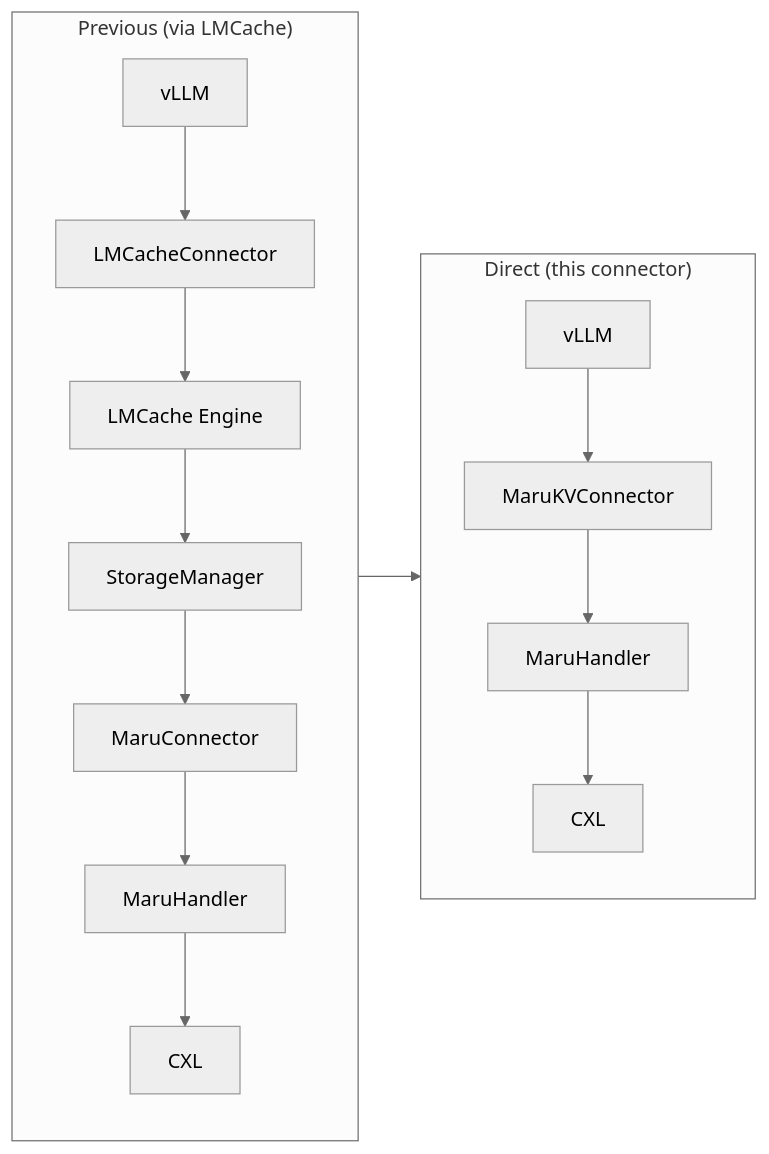
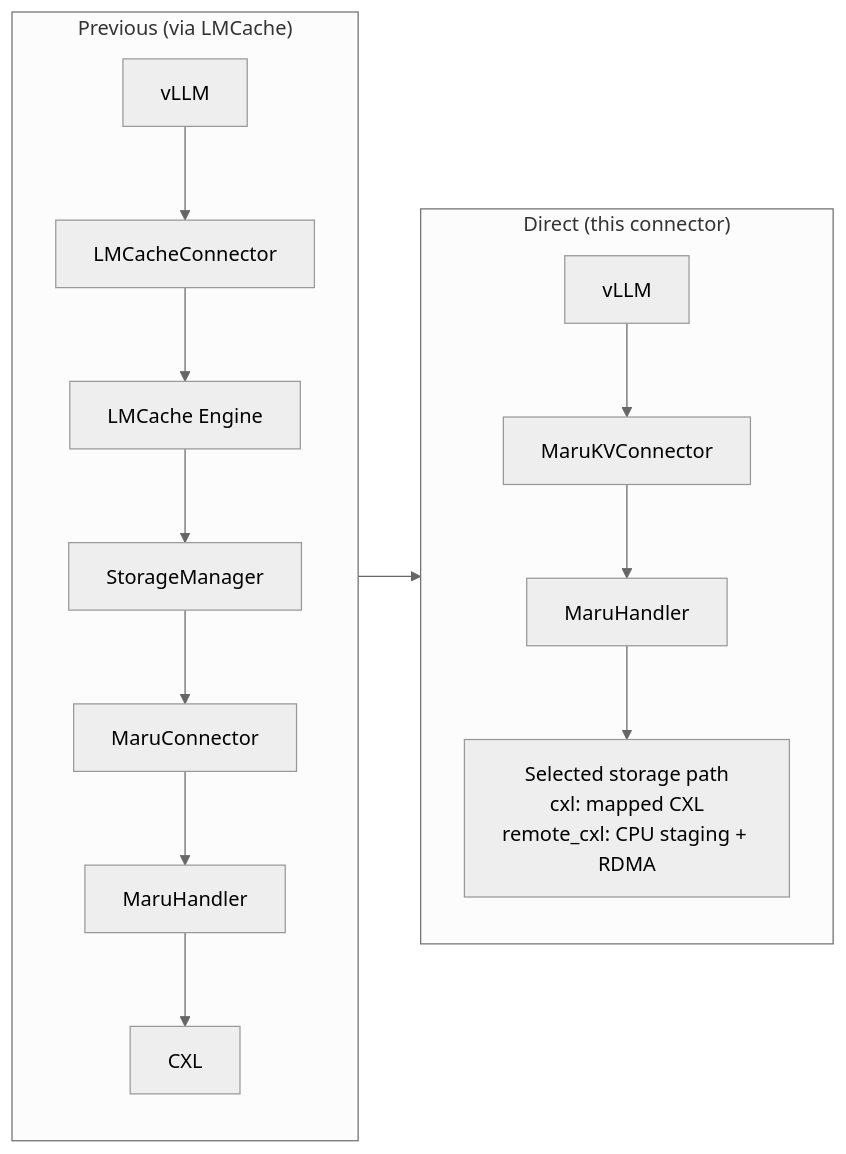
One commit to xcena-dev/maru changed the first of 4 diagrams in docs/source/integration/vllm.md. Above: the diagram before and after it, drawn with Mermaid (neutral theme). The commit also changed other lines of this file and 37 other files, not shown here.

````diff
--- a/docs/source/integration/vllm.md
+++ b/docs/source/integration/vllm.md
@@ -43,17 +49,17 @@
 ```mermaid
 flowchart LR
     subgraph prev["Previous (via LMCache)"]
         direction TB
         V1["vLLM"] --> LC["LMCacheConnector"] --> LE["LMCache Engine"]
         LE --> SM["StorageManager"] --> MC["MaruConnector"]
         MC --> MH1["MaruHandler"] --> CXL1["CXL"]
     end
 
     subgraph direct["Direct (this connector)"]
         direction TB
         V2["vLLM"] --> MKV["MaruKVConnector"]
-        MKV --> MH2["MaruHandler"] --> CXL2["CXL"]
+        MKV --> MH2["MaruHandler"] --> PATH2["Selected storage path<br/>cxl: mapped CXL<br/>remote_cxl: CPU staging + RDMA"]
     end
 
     prev --> direct
 ```
````
